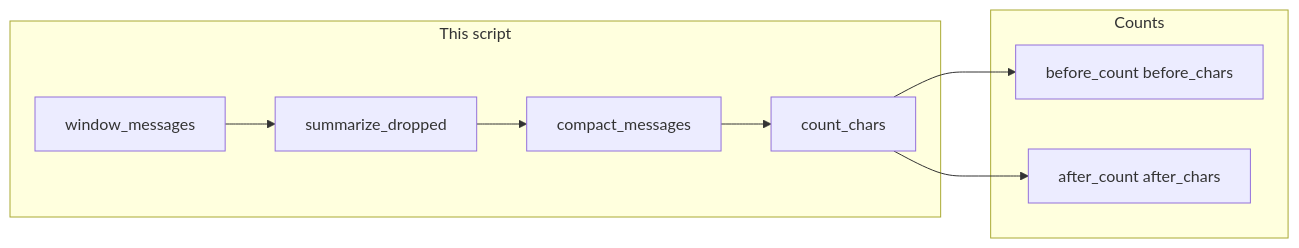
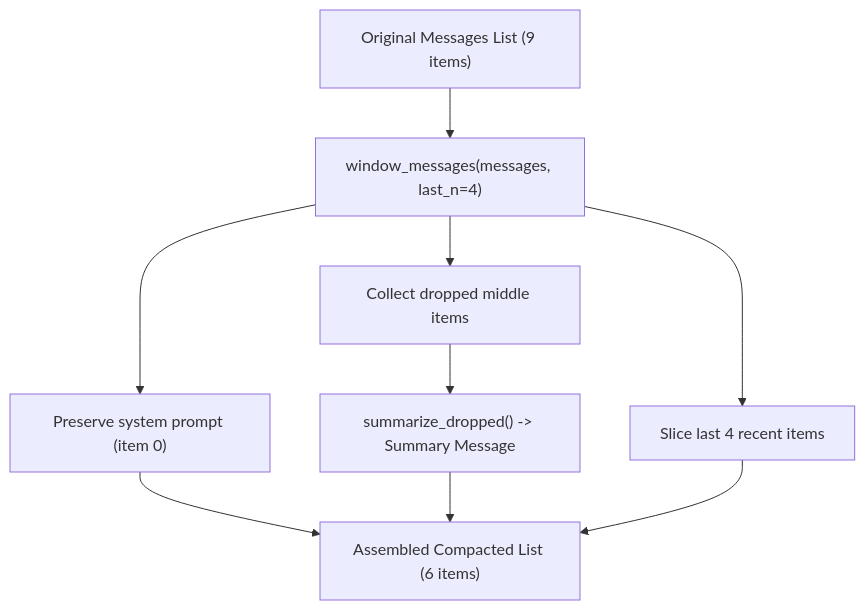
Before and after one commit to jacobbweber/AgenticAI-Labs: the diagram in education/08_context_compaction/lab1_context_window.md, drawn with Mermaid. The commit also changed other lines of this file and 123 other files, not shown here.

````diff
--- a/education/08_context_compaction/lab1_context_window.md
+++ b/education/08_context_compaction/lab1_context_window.md
@@ -16,18 +20,9 @@
 ```mermaid
-flowchart LR
-    subgraph lab1_ctx_script [This script]
-        CNT["count_chars"]
-        WIN["window_messages"]
-        SUM["summarize_dropped"]
-        CMP["compact_messages"]
-    end
-    subgraph lab1_ctx_out [Counts]
-        B["before_count before_chars"]
-        A["after_count after_chars"]
-    end
-    CNT --> B
-    WIN --> SUM
-    SUM --> CMP
-    CMP --> CNT
-    CNT --> A
+flowchart TD
+    A["Original Messages List (9 items)"] --> B["window_messages(messages, last_n=4)"]
+    B --> C["Preserve system prompt (item 0)"]
+    B --> D["Slice last 4 recent items"]
+    B --> E["Collect dropped middle items"]
+    E --> F["summarize_dropped() -> Summary Message"]
+    C & F & D --> G["Assembled Compacted List (6 items)"]
 ```
````
